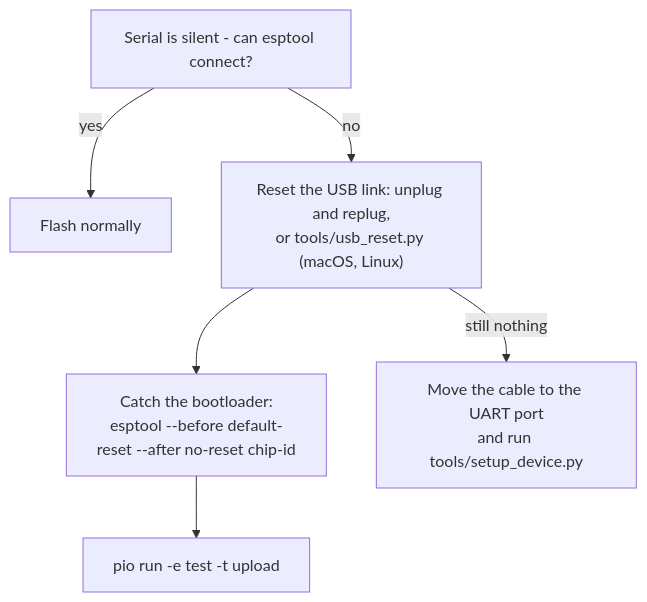
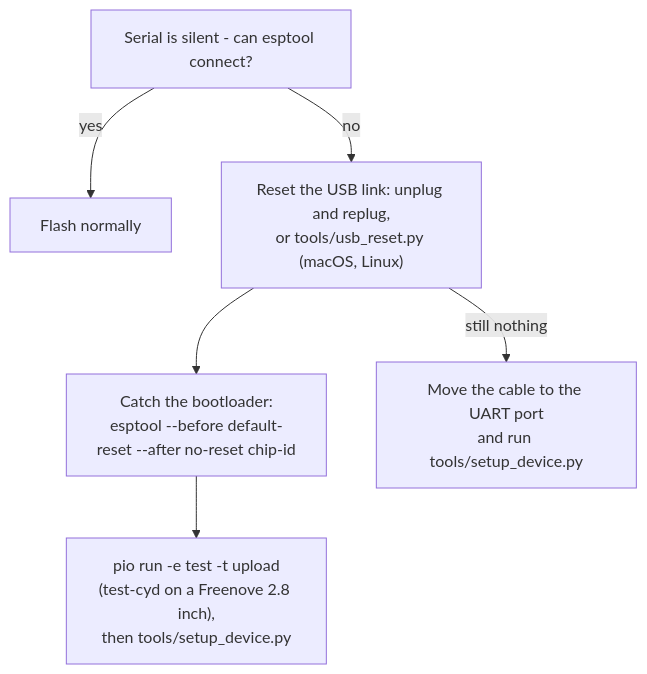
One commit to ristllin/Nimbus changed the second of 2 diagrams in docs/quick-start/flash.md. Above: the diagram before and after it, drawn with Mermaid. The commit also changed other lines of this file and 8 other files, not shown here.

````diff
--- a/docs/quick-start/flash.md
+++ b/docs/quick-start/flash.md
@@ -267,8 +270,8 @@
 ```mermaid
 flowchart TD
   A["Serial is silent - can esptool connect?"] -->|yes| B["Flash normally"]
   A -->|no| C["Reset the USB link: unplug and replug,<br/>or tools/usb_reset.py (macOS, Linux)"]
   C --> D["Catch the bootloader:<br/>esptool --before default-reset --after no-reset chip-id"]
-  D --> E["pio run -e test -t upload"]
+  D --> E["pio run -e test -t upload<br/>(test-cyd on a Freenove 2.8 inch),<br/>then tools/setup_device.py"]
   C -->|still nothing| F["Move the cable to the UART port<br/>and run tools/setup_device.py"]
 ```
````
